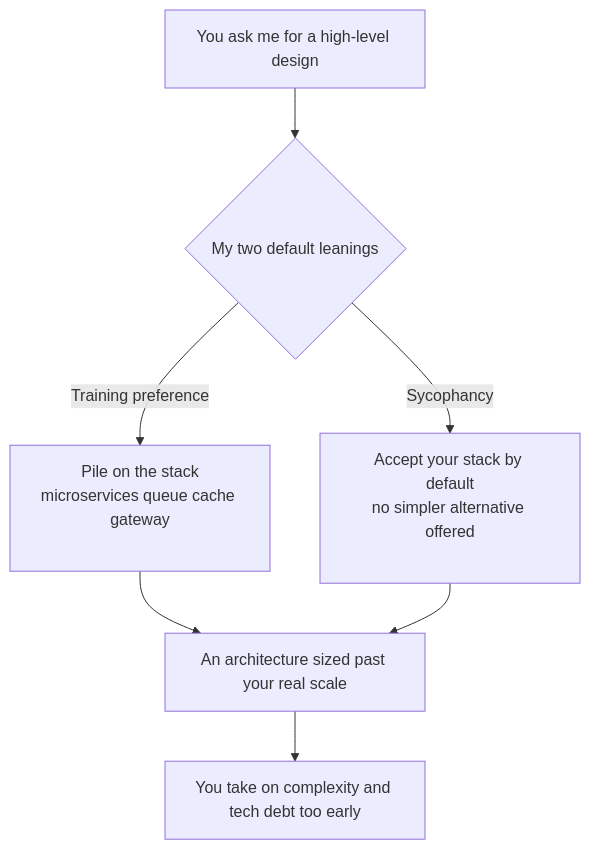
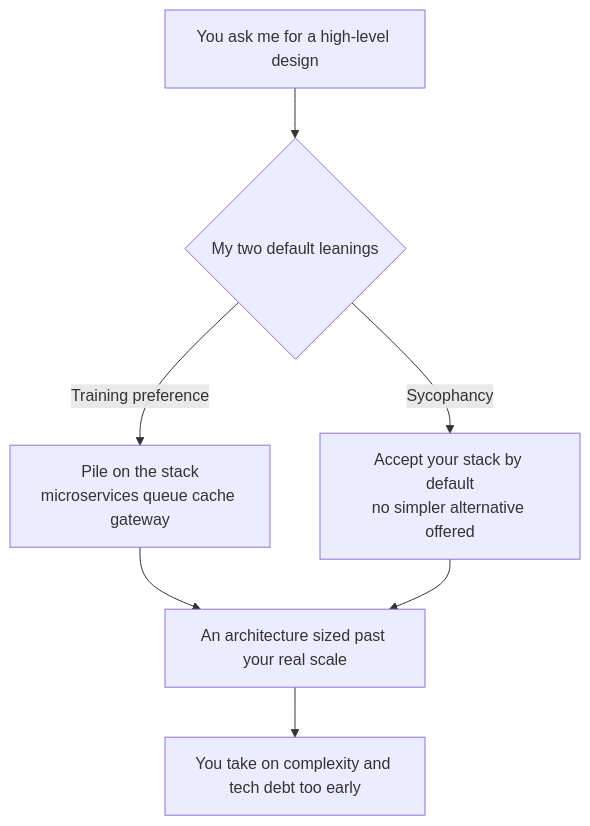
Before and after one commit to XuebinMa/AIWiki: the diagram in i18n/en/docusaurus-plugin-content-docs/current/03-architecture/over-engineering-no-pushback.mdx, drawn with Mermaid. The commit also changed 99 other files, not shown here.

First line of the commit message:
fix(mermaid): 全局根治节点文字裁切（htmlLabels:false + 清理 br/nbsp 占位）(#26)

````diff
--- a/i18n/en/docusaurus-plugin-content-docs/current/03-architecture/over-engineering-no-pushback.mdx
+++ b/i18n/en/docusaurus-plugin-content-docs/current/03-architecture/over-engineering-no-pushback.mdx
@@ -39,9 +39,9 @@
 ```mermaid
 flowchart TD
     A[You ask me for a high-level design] --> B{My two default leanings}
-    B -->|Training preference| C[Pile on the stack<br/>microservices queue cache gateway<br/>&nbsp;]
-    B -->|Sycophancy| D[Accept your stack by default<br/>no simpler alternative offered<br/>&nbsp;]
+    B -->|Training preference| C[Pile on the stack<br/>microservices queue cache gateway]
+    B -->|Sycophancy| D[Accept your stack by default<br/>no simpler alternative offered]
     C --> E[An architecture sized past your real scale]
     D --> E
     E --> F[You take on complexity and tech debt too early]
 ```
````
